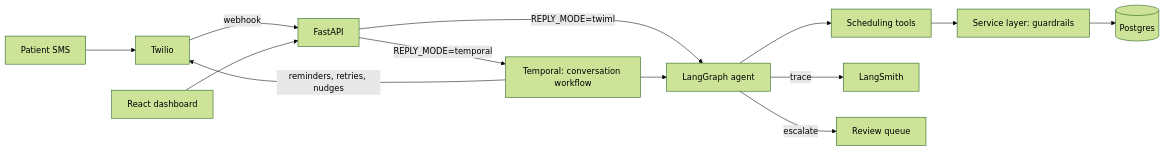
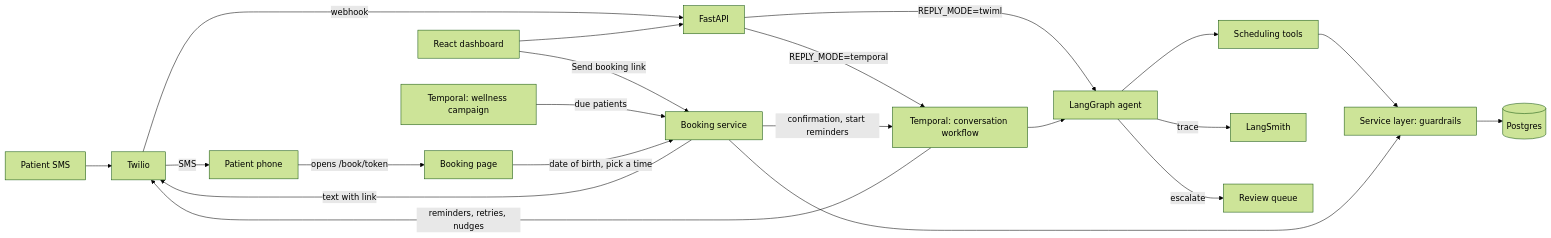
One commit to ckwan/clinic_scheduler changed the diagram in README.md. Above: the diagram before and after it, drawn with Mermaid (forest theme). The commit also changed other lines of this file and 1 other file, not shown here.

````diff
--- a/README.md
+++ b/README.md
@@ -56,15 +64,25 @@
 ```mermaid
 flowchart LR
     P[Patient SMS] --> T[Twilio]
     T -->|webhook| API[FastAPI]
     API -->|REPLY_MODE=temporal| TW[Temporal: conversation workflow]
     API -->|REPLY_MODE=twiml| AG
     TW --> AG[LangGraph agent]
     AG --> TOOLS[Scheduling tools]
     TOOLS --> SVC[Service layer: guardrails]
     SVC --> DB[(Postgres)]
     AG -->|trace| LS[LangSmith]
     AG -->|escalate| Q[Review queue]
     TW -->|reminders, retries, nudges| T
     UI[React dashboard] --> API
+
+    %% Booking link flow
+    UI -->|Send booking link| BK[Booking service]
+    CAMP[Temporal: wellness campaign] -->|due patients| BK
+    BK -->|text with link| T
+    T -->|SMS| PH[Patient phone]
+    PH -->|opens /book/token| PAGE[Booking page]
+    PAGE -->|date of birth, pick a time| BK
+    BK --> SVC
+    BK -->|confirmation, start reminders| TW
 ```
````
